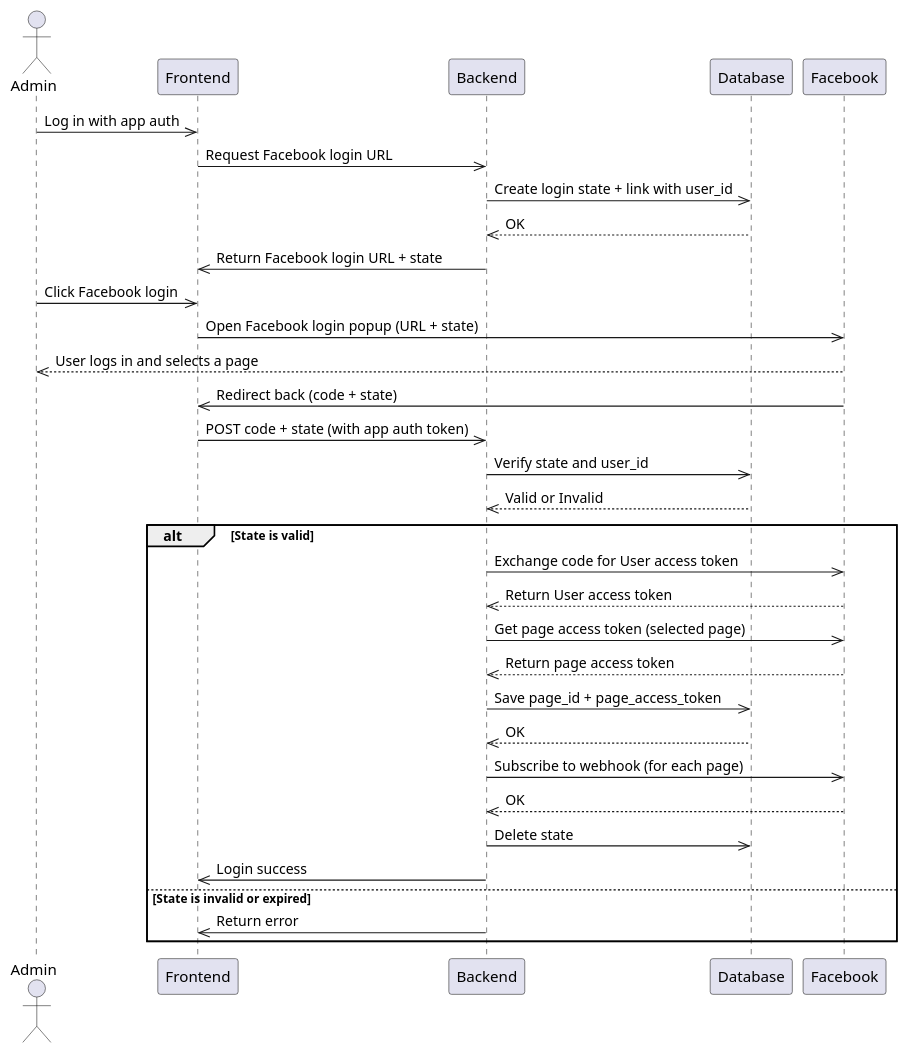
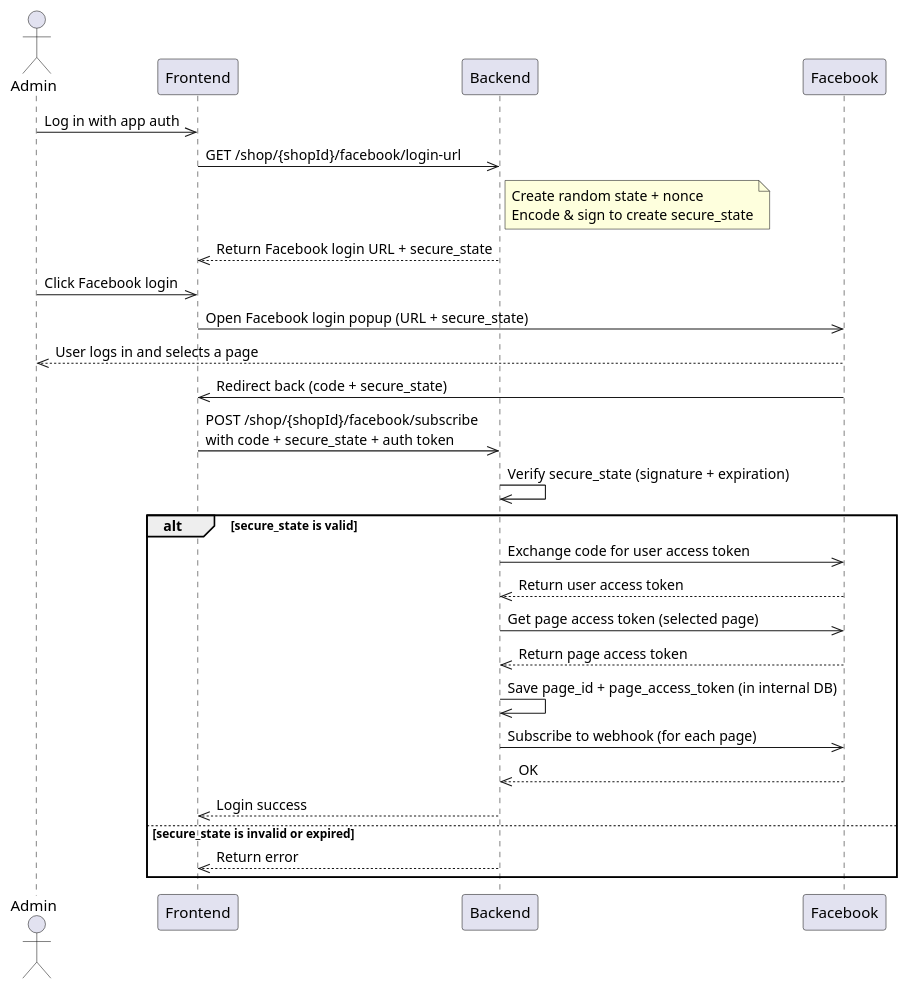
One commit to gbb19/facebook-login changed the diagram in sequence-diagram.plantuml. Above: the diagram before and after it, drawn with PlantUML.

```diff
--- a/sequence-diagram.plantuml
+++ b/sequence-diagram.plantuml
@@ -1,41 +1,42 @@
 @startuml
 actor Admin
 participant Frontend
 participant Backend
-participant Database
 participant Facebook
 
 Admin ->> Frontend: Log in with app auth
-Frontend ->> Backend: Request Facebook login URL
-Backend ->> Database: Create login state + link with user_id
-Database -->> Backend: OK
-Backend ->> Frontend: Return Facebook login URL + state
+Frontend ->> Backend: GET /shop/{shopId}/facebook/login-url
+
+note right of Backend
+  Create random state + nonce
+  Encode & sign to create secure_state
+end note
+
+Backend -->> Frontend: Return Facebook login URL + secure_state
 
 Admin ->> Frontend: Click Facebook login
-Frontend ->> Facebook: Open Facebook login popup (URL + state)
+Frontend ->> Facebook: Open Facebook login popup (URL + secure_state)
 Facebook -->> Admin: User logs in and selects a page
-Facebook ->> Frontend: Redirect back (code + state)
+Facebook ->> Frontend: Redirect back (code + secure_state)
 
-Frontend ->> Backend: POST code + state (with app auth token)
-Backend ->> Database: Verify state and user_id
-Database -->> Backend: Valid or Invalid
+Frontend ->> Backend: POST /shop/{shopId}/facebook/subscribe\nwith code + secure_state + auth token
 
-alt State is valid
-    Backend ->> Facebook: Exchange code for User access token
-    Facebook -->> Backend: Return User access token
+Backend ->> Backend: Verify secure_state (signature + expiration)
+
+alt secure_state is valid
+    Backend ->> Facebook: Exchange code for user access token
+    Facebook -->> Backend: Return user access token
 
     Backend ->> Facebook: Get page access token (selected page)
     Facebook -->> Backend: Return page access token
 
-    Backend ->> Database: Save page_id + page_access_token
-    Database -->> Backend: OK
+    Backend ->> Backend: Save page_id + page_access_token (in internal DB)
 
     Backend ->> Facebook: Subscribe to webhook (for each page)
     Facebook -->> Backend: OK
 
-    Backend ->> Database: Delete state
-    Backend ->> Frontend: Login success
-else State is invalid or expired
-    Backend ->> Frontend: Return error
+    Backend -->> Frontend: Login success
+else secure_state is invalid or expired
+    Backend -->> Frontend: Return error
 end
 @enduml
```
